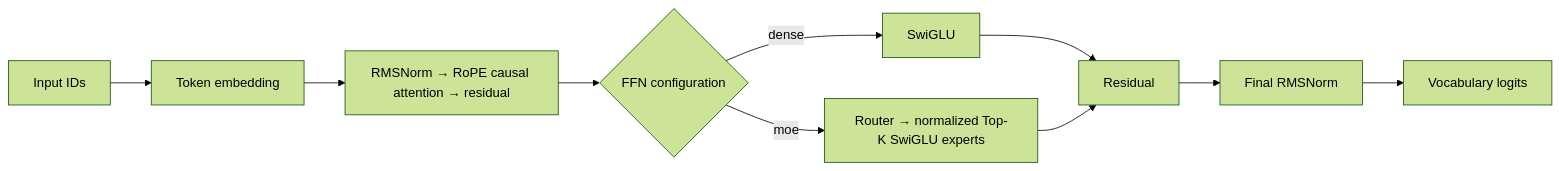
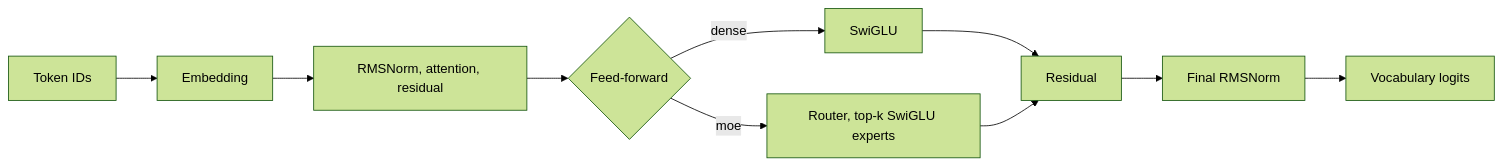
Before and after one commit to supernovae/model-lab: the diagram in docs/architecture.md, drawn with Mermaid (forest theme). The commit also changed other lines of this file and 243 other files, not shown here.

````diff
--- a/docs/architecture.md
+++ b/docs/architecture.md
@@ -5,12 +11,12 @@
 ```mermaid
 flowchart LR
-  ids[Input IDs] --> emb[Token embedding]
-  emb --> attention[RMSNorm → RoPE causal attention → residual]
-  attention --> choice{FFN configuration}
-  choice -->|dense| dense[SwiGLU]
-  choice -->|moe| router[Router → normalized Top-K SwiGLU experts]
+  ids[Token IDs] --> emb[Embedding]
+  emb --> attention[RMSNorm, attention, residual]
+  attention --> ffn{Feed-forward}
+  ffn -->|dense| dense[SwiGLU]
+  ffn -->|moe| router[Router, top-k SwiGLU experts]
   dense --> residual[Residual]
   router --> residual
   residual --> norm[Final RMSNorm]
   norm --> logits[Vocabulary logits]
 ```
````
